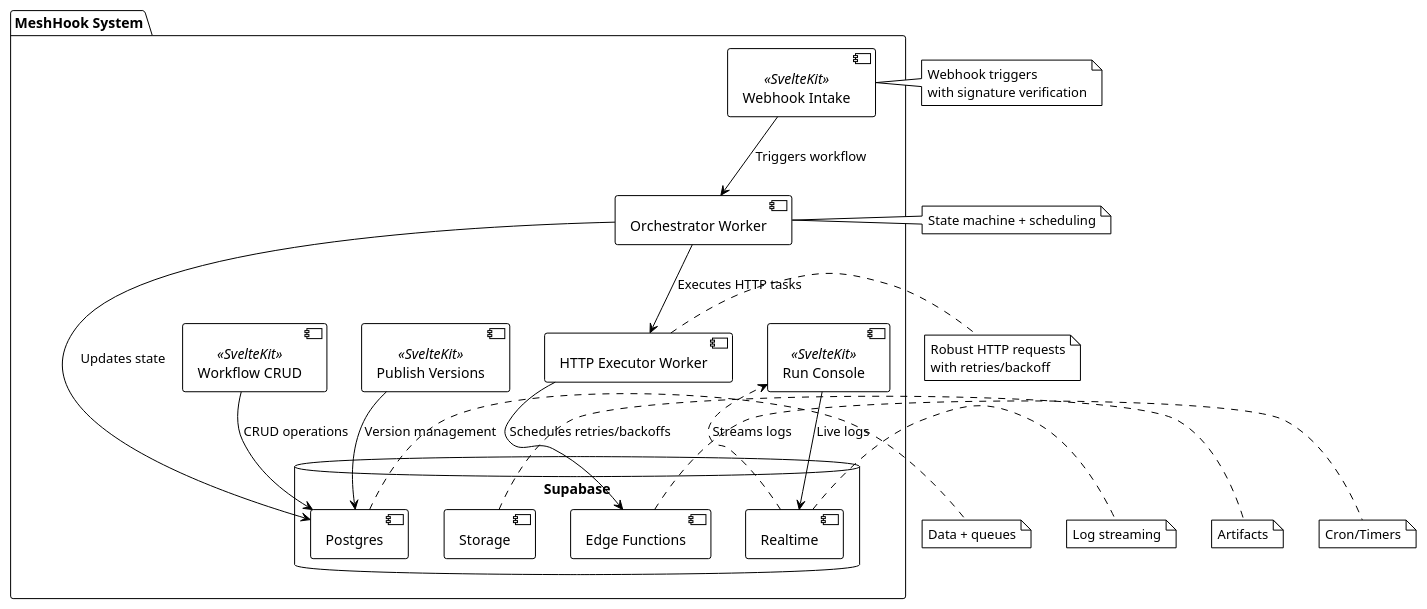
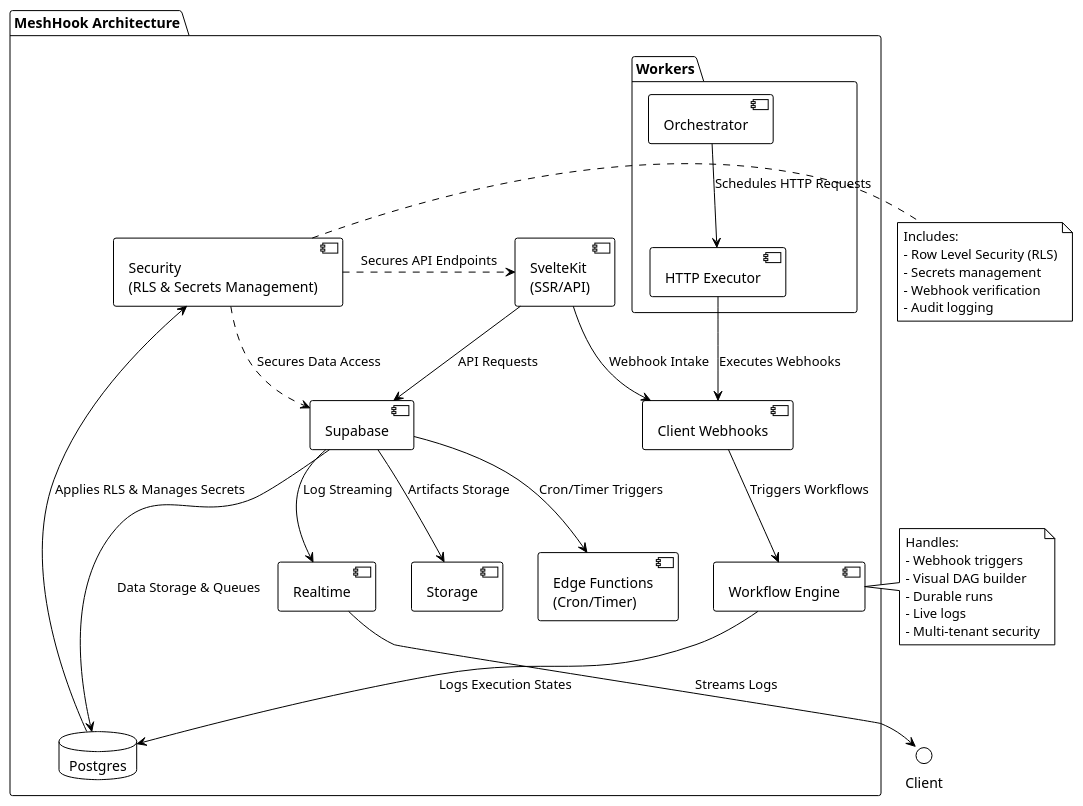
One commit to profullstack/meshhook changed the diagram in docs/PRDs/191-architecture-deep-dive.puml. Above: the diagram before and after it, drawn with PlantUML. The commit also changed 248 other files, not shown here.

```diff
--- a/docs/PRDs/191-architecture-deep-dive.puml
+++ b/docs/PRDs/191-architecture-deep-dive.puml
@@ -1,58 +1,52 @@
 @startuml
 !theme plain
 
-package "MeshHook System" {
-    [Webhook Intake] <<SvelteKit>>
-    [Workflow CRUD] <<SvelteKit>>
-    [Publish Versions] <<SvelteKit>>
-    [Run Console] <<SvelteKit>>
-    [Orchestrator Worker]
-    [HTTP Executor Worker]
-    database "Supabase" {
-        [Postgres]
-        [Realtime]
-        [Storage]
-        [Edge Functions]
+package "MeshHook Architecture" {
+    [SvelteKit\n(SSR/API)] as SvelteKit
+    [Supabase] as Supabase
+    package "Workers" {
+        [Orchestrator] as Orchestrator
+        [HTTP Executor] as Executor
     }
+    database "Postgres" as Postgres
+    [Realtime] as Realtime
+    [Storage] as Storage
+    [Edge Functions\n(Cron/Timer)] as Edge
+    [Client Webhooks] as Webhooks
+    [Workflow Engine] as Workflow
+    [Security\n(RLS & Secrets Management)] as Security
 }
 
-[Webhook Intake] --> [Orchestrator Worker] : Triggers workflow
-[Workflow CRUD] --> [Postgres] : CRUD operations
-[Publish Versions] --> [Postgres] : Version management
-[Run Console] --> [Realtime] : Live logs
-[Orchestrator Worker] --> [HTTP Executor Worker] : Executes HTTP tasks
-[Orchestrator Worker] --> [Postgres] : Updates state
-[HTTP Executor Worker] --> [Edge Functions] : Schedules retries/backoffs
-[Realtime] .> [Run Console] : Streams logs
+SvelteKit --> Supabase : API Requests
+SvelteKit --> Webhooks : Webhook Intake
+Supabase --> Postgres : Data Storage & Queues
+Supabase --> Realtime : Log Streaming
+Supabase --> Storage : Artifacts Storage
+Supabase --> Edge : Cron/Timer Triggers
+Orchestrator --> Executor : Schedules HTTP Requests
+Executor --> Webhooks : Executes Webhooks
+Webhooks --> Workflow : Triggers Workflows
+Workflow --> Postgres : Logs Execution States
+Realtime -down-> Client : Streams Logs
+Postgres --> Security : Applies RLS & Manages Secrets
+Security .> SvelteKit : Secures API Endpoints
+Security .> Supabase : Secures Data Access
 
-note right of [Orchestrator Worker]
-  State machine + scheduling
+note right of Workflow
+  Handles:
+  - Webhook triggers
+  - Visual DAG builder
+  - Durable runs
+  - Live logs
+  - Multi-tenant security
 end note
 
-note right of [HTTP Executor Worker]
-  Robust HTTP requests
-  with retries/backoff
-end note
-
-note right of [Webhook Intake]
-  Webhook triggers
-  with signature verification
-end note
-
-note right of [Postgres]
-  Data + queues
-end note
-
-note right of [Realtime]
-  Log streaming
-end note
-
-note right of [Storage]
-  Artifacts
-end note
-
-note right of [Edge Functions]
-  Cron/Timers
+note right of Security
+  Includes:
+  - Row Level Security (RLS)
+  - Secrets management
+  - Webhook verification
+  - Audit logging
 end note
 
 @enduml
```
